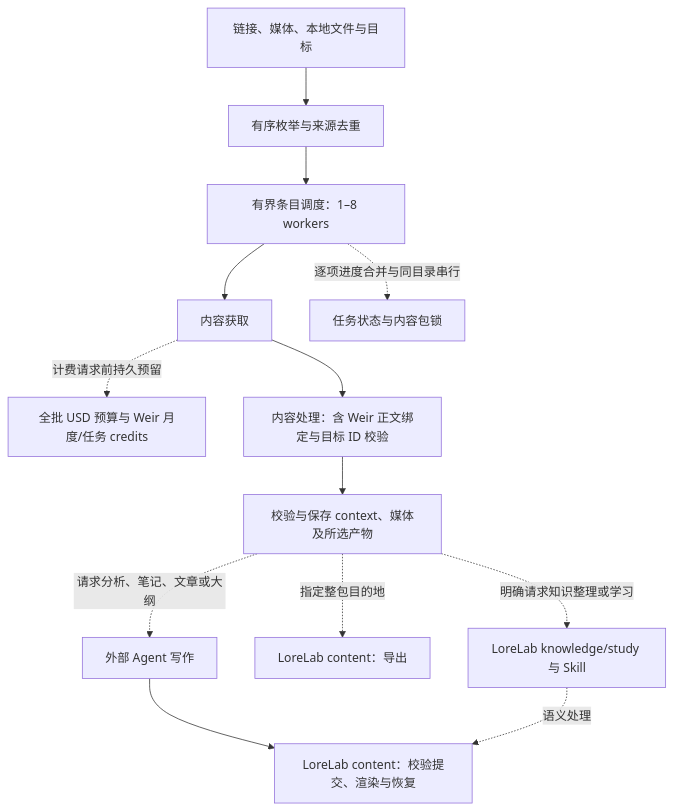
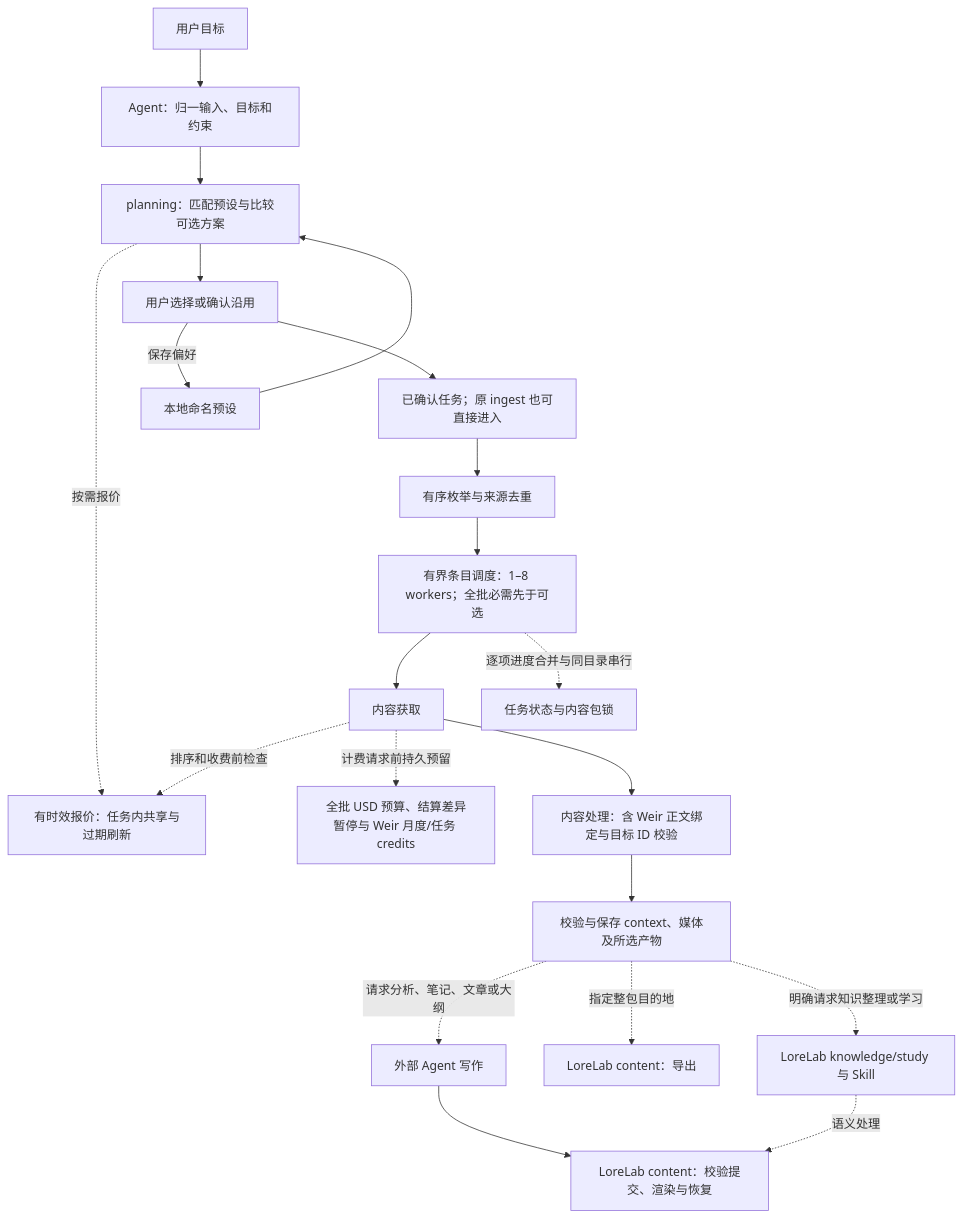
Before and after one commit to 0xTotoroX/soota: the first of 2 diagrams in docs/providers.md, drawn with Mermaid. The commit also changed other lines of this file and 89 other files, not shown here.

````diff
--- a/docs/providers.md
+++ b/docs/providers.md
@@ -19,16 +19,24 @@
 ```mermaid
 flowchart TD
-    A[链接、媒体、本地文件与目标] --> B[有序枚举与来源去重]
-    B --> H[有界条目调度：1–8 workers]
+    U[用户目标] --> N[Agent：归一输入、目标和约束]
+    N --> PL[planning：匹配预设与比较可选方案]
+    PRE[本地命名预设] --> PL
+    PL -.按需报价.-> P
+    PL --> CONF[用户选择或确认沿用]
+    CONF -->|保存偏好| PRE
+    CONF --> A[已确认任务；原 ingest 也可直接进入]
+    A --> B[有序枚举与来源去重]
+    B --> H[有界条目调度：1–8 workers；全批必需先于可选]
     H --> C[内容获取]
     H -.逐项进度合并与同目录串行.-> S[任务状态与内容包锁]
-    C -.计费请求前持久预留.-> Q[全批 USD 预算与 Weir 月度/任务 credits]
+    C -.排序和收费前检查.-> P[有时效报价：任务内共享与过期刷新]
+    C -.计费请求前持久预留.-> Q[全批 USD 预算、结算差异暂停与 Weir 月度/任务 credits]
     C --> D[内容处理：含 Weir 正文绑定与目标 ID 校验]
     D --> E[校验与保存 context、媒体及所选产物]
     E -.请求分析、笔记、文章或大纲.-> F[外部 Agent 写作]
     F --> L[LoreLab content：校验提交、渲染与恢复]
     E -.指定整包目的地.-> G[LoreLab content：导出]
     E -.明确请求知识整理或学习.-> K[LoreLab knowledge/study 与 Skill]
     K -.语义处理.-> L
 
 ```
````
